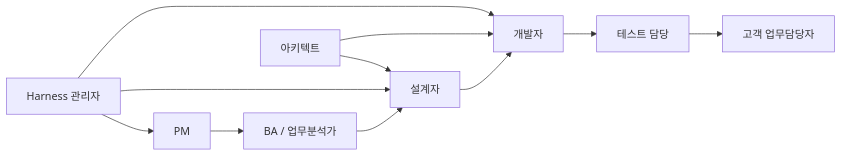
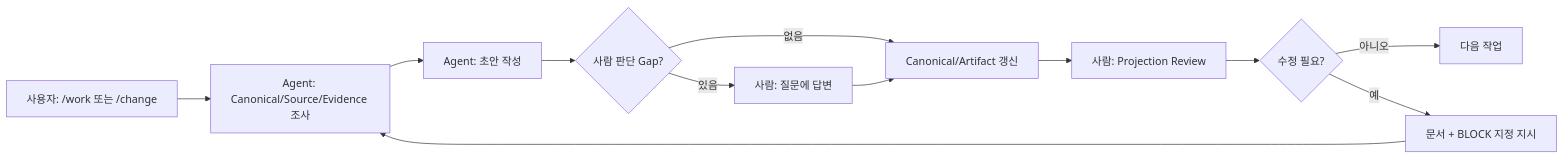
Before and after one commit to Seunghyun0606/SDLC_DDD_SDD: the diagram in docs/00_시작/05_이해관계자별_작업가이드.md, drawn with Mermaid. The commit also changed other lines of this file, not shown here.

Commit message:
docs: shift stakeholder UX from form authoring to HITL review

````diff
--- a/docs/00_시작/05_이해관계자별_작업가이드.md
+++ b/docs/00_시작/05_이해관계자별_작업가이드.md
@@ -21,13 +27,14 @@
 ```mermaid
 flowchart LR
-    PM["PM"] --> BA["BA / 업무분석가"]
-    BA --> DS["설계자"]
-    DS --> DEV["개발자"]
-    DEV --> QA["테스트 담당"]
-    QA --> CU["고객 업무담당자"]
-    AR["아키텍트"] --> DS
-    AR --> DEV
-    HA["Harness 관리자"] --> PM
-    HA --> DS
-    HA --> DEV
+    U["사용자: /work 또는 /change"] --> A1["Agent: Canonical/Source/Evidence 조사"]
+    A1 --> A2["Agent: 초안 작성"]
+    A2 --> Q{"사람 판단 Gap?"}
+    Q -->|없음| C["Canonical/Artifact 갱신"]
+    Q -->|있음| H["사람: 질문에 답변"]
+    H --> C
+    C --> R["사람: Projection Review"]
+    R --> M{"수정 필요?"}
+    M -->|아니오| N["다음 작업"]
+    M -->|예| B["문서 + BLOCK 지정 지시"]
+    B --> A1
 ```
````
